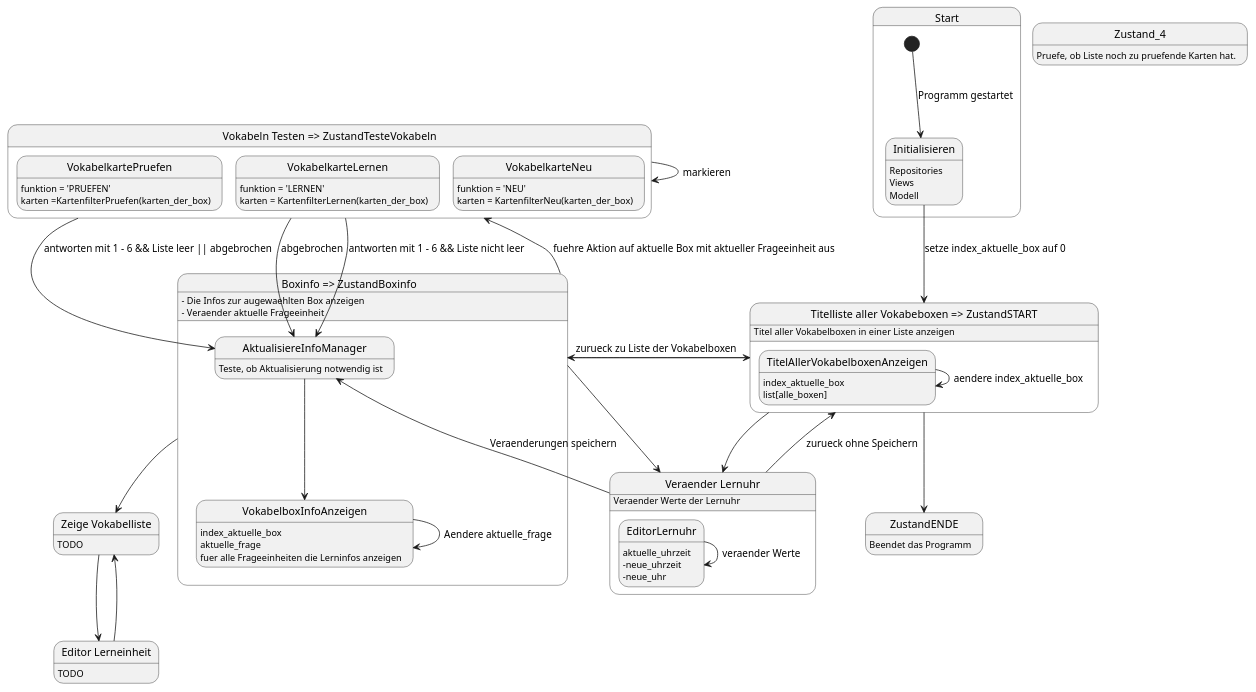
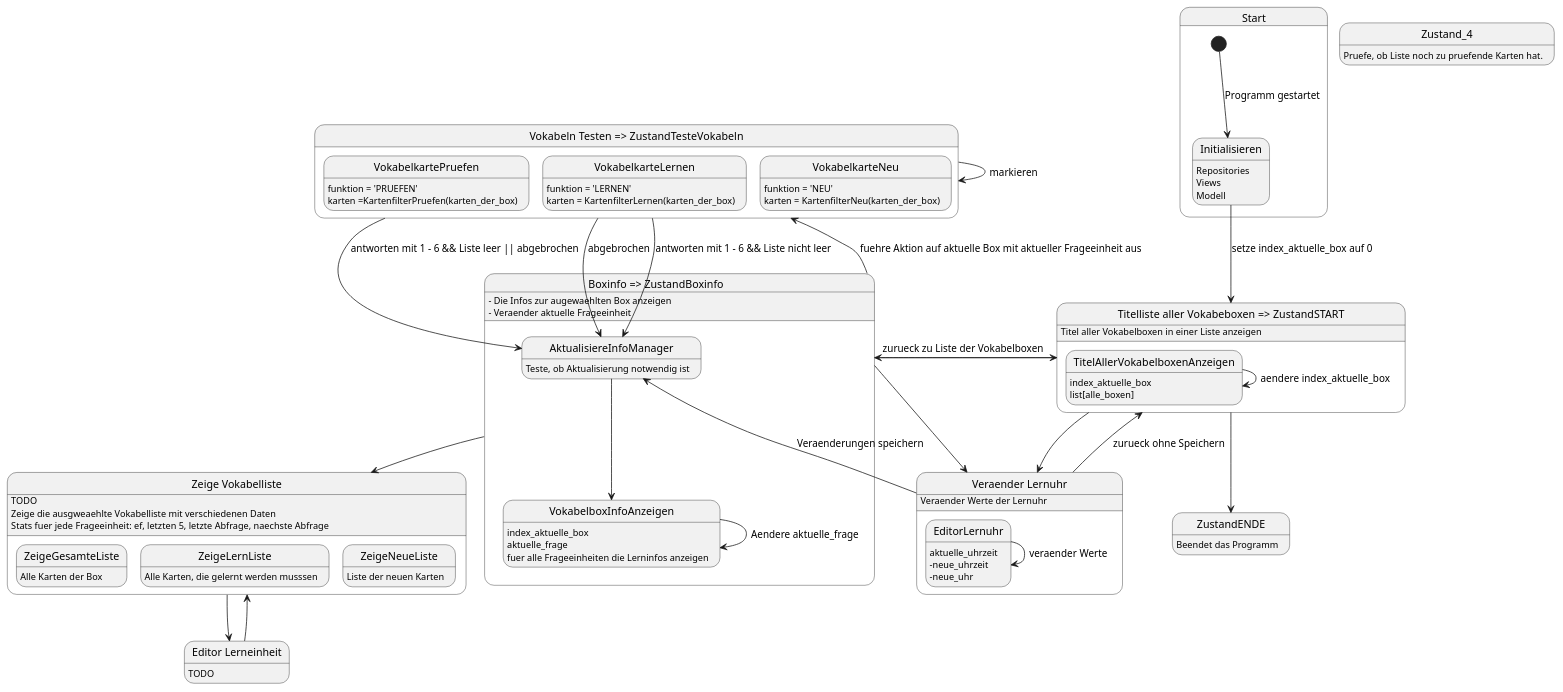
One commit to doku2525/Brainblaster changed the diagram in documentation/ControllerZustaende.puml. Above: the diagram before and after it, drawn with PlantUML. The commit also changed 9 other files, not shown here.

Commit message:
Neuer Zustand ZeigeVokabellisten erstellt und Subklassen Komplett, Lernen und Neue. In Controller und FlaskView integriert. Funktioniert. Closes #56 Alle Tests OK!

```diff
--- a/documentation/ControllerZustaende.puml
+++ b/documentation/ControllerZustaende.puml
@@ -1,72 +1,78 @@
 @startuml
 state Start {
 [*] --> Initialisieren : Programm gestartet
     Initialisieren : Repositories
     Initialisieren : Views
     Initialisieren : Modell
 }
 
 Initialisieren --> ZustandSTART : setze index_aktuelle_box auf 0
 state "Titelliste aller Vokabeboxen => ZustandSTART" as ZustandSTART {
     ZustandSTART: Titel aller Vokabelboxen in einer Liste anzeigen
     TitelAllerVokabelboxenAnzeigen : index_aktuelle_box
     TitelAllerVokabelboxenAnzeigen : list[alle_boxen]
     TitelAllerVokabelboxenAnzeigen --> TitelAllerVokabelboxenAnzeigen : aendere index_aktuelle_box
 }
 ZustandSTART --> ZustandBoxinfo
 ZustandSTART --> ZustandVeraenderLernuhr
 ZustandSTART --> ZustandENDE
 
 state ZustandENDE: Beendet das Programm
 
 state "Boxinfo => ZustandBoxinfo" as ZustandBoxinfo {
     ZustandBoxinfo: - Die Infos zur augewaehlten Box anzeigen
     ZustandBoxinfo: - Veraender aktuelle Frageeinheit
     VokabelboxInfoAnzeigen --> VokabelboxInfoAnzeigen : Aendere aktuelle_frage
     VokabelboxInfoAnzeigen : index_aktuelle_box
     VokabelboxInfoAnzeigen : aktuelle_frage
     VokabelboxInfoAnzeigen : fuer alle Frageeinheiten die Lerninfos anzeigen
     AktualisiereInfoManager: Teste, ob Aktualisierung notwendig ist
     AktualisiereInfoManager --> VokabelboxInfoAnzeigen
 }
 ZustandBoxinfo --> ZustandSTART : zurueck zu Liste der Vokabelboxen
 ZustandBoxinfo --> ZustandTesteVokabeln : fuehre Aktion auf aktuelle Box mit aktueller Frageeinheit aus
 ZustandBoxinfo --> ZustandZeigeVokabelliste
 ZustandBoxinfo --> ZustandVeraenderLernuhr
 
 
 ZustandTesteVokabeln --> AktualisiereInfoManager : abgebrochen
 state "Vokabeln Testen => ZustandTesteVokabeln" as ZustandTesteVokabeln {
     ZustandTesteVokabeln --> ZustandTesteVokabeln : markieren
     VokabelkartePruefen: funktion = 'PRUEFEN'
     VokabelkartePruefen: karten =KartenfilterPruefen(karten_der_box)
     VokabelkarteLernen: funktion = 'LERNEN'
     VokabelkarteLernen: karten = KartenfilterLernen(karten_der_box)
     VokabelkarteNeu: funktion = 'NEU'
     VokabelkarteNeu: karten = KartenfilterNeu(karten_der_box)
 }
 
     ZustandTesteVokabeln --> AktualisiereInfoManager : antworten mit 1 - 6 && Liste nicht leer
     ZustandTesteVokabeln --> AktualisiereInfoManager : antworten mit 1 - 6 && Liste leer || abgebrochen
 
 ZustandZeigeVokabelliste : TODO
 state "Zeige Vokabelliste" as ZustandZeigeVokabelliste {
+    ZustandZeigeVokabelliste : Zeige die ausgweaehlte Vokabelliste mit verschiedenen Daten
+    ZustandZeigeVokabelliste : Stats fuer jede Frageeinheit: ef, letzten 5, letzte Abfrage, naechste Abfrage
+    ZeigeGesamteListe: Alle Karten der Box
+    ZeigeLernListe: Alle Karten, die gelernt werden musssen
+    ZeigeNeueListe: Liste der neuen Karten
 }
 ZustandZeigeVokabelliste --> ZustandEditorLerneinheit
 
 ZustandEditorLerneinheit: TODO
 state "Editor Lerneinheit" as ZustandEditorLerneinheit {
 }
 ZustandEditorLerneinheit --> ZustandZeigeVokabelliste
 state Zustand_4: Pruefe, ob Liste noch zu pruefende Karten hat.
 
 ZustandVeraenderLernuhr: Veraender Werte der Lernuhr
 state "Veraender Lernuhr" as ZustandVeraenderLernuhr {
     EditorLernuhr: aktuelle_uhrzeit
     EditorLernuhr: -neue_uhrzeit
     EditorLernuhr: -neue_uhr
     EditorLernuhr --> EditorLernuhr: veraender Werte
 }
 ZustandVeraenderLernuhr --> ZustandSTART: zurueck ohne Speichern
 ZustandVeraenderLernuhr --> AktualisiereInfoManager: Veraenderungen speichern
+
 @enduml
```
